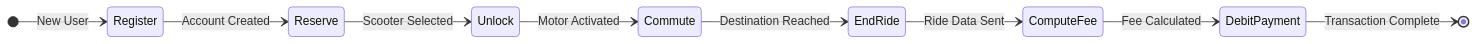
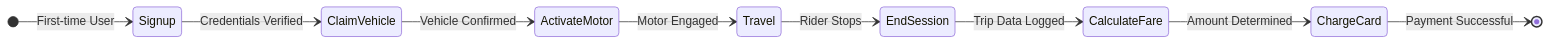
Before and after one commit to Siddharthpatni/Requirment_Asssignment: the diagram in Exercise_04/bim_diagram.mmd, drawn with Mermaid. The commit also changed 9 other files, not shown here.

```diff
--- a/Exercise_04/bim_diagram.mmd
+++ b/Exercise_04/bim_diagram.mmd
@@ -1,11 +1,11 @@
 stateDiagram-v2
     direction LR
     
-    [*] --> Register: New User
-    Register --> Reserve: Account Created
-    Reserve --> Unlock: Scooter Selected
-    Unlock --> Commute: Motor Activated
-    Commute --> EndRide: Destination Reached
-    EndRide --> ComputeFee: Ride Data Sent
-    ComputeFee --> DebitPayment: Fee Calculated
-    DebitPayment --> [*]: Transaction Complete
+    [*] --> Signup: First-time User
+    Signup --> ClaimVehicle: Credentials Verified
+    ClaimVehicle --> ActivateMotor: Vehicle Confirmed
+    ActivateMotor --> Travel: Motor Engaged
+    Travel --> EndSession: Rider Stops
+    EndSession --> CalculateFare: Trip Data Logged
+    CalculateFare --> ChargeCard: Amount Determined
+    ChargeCard --> [*]: Payment Successful
```
